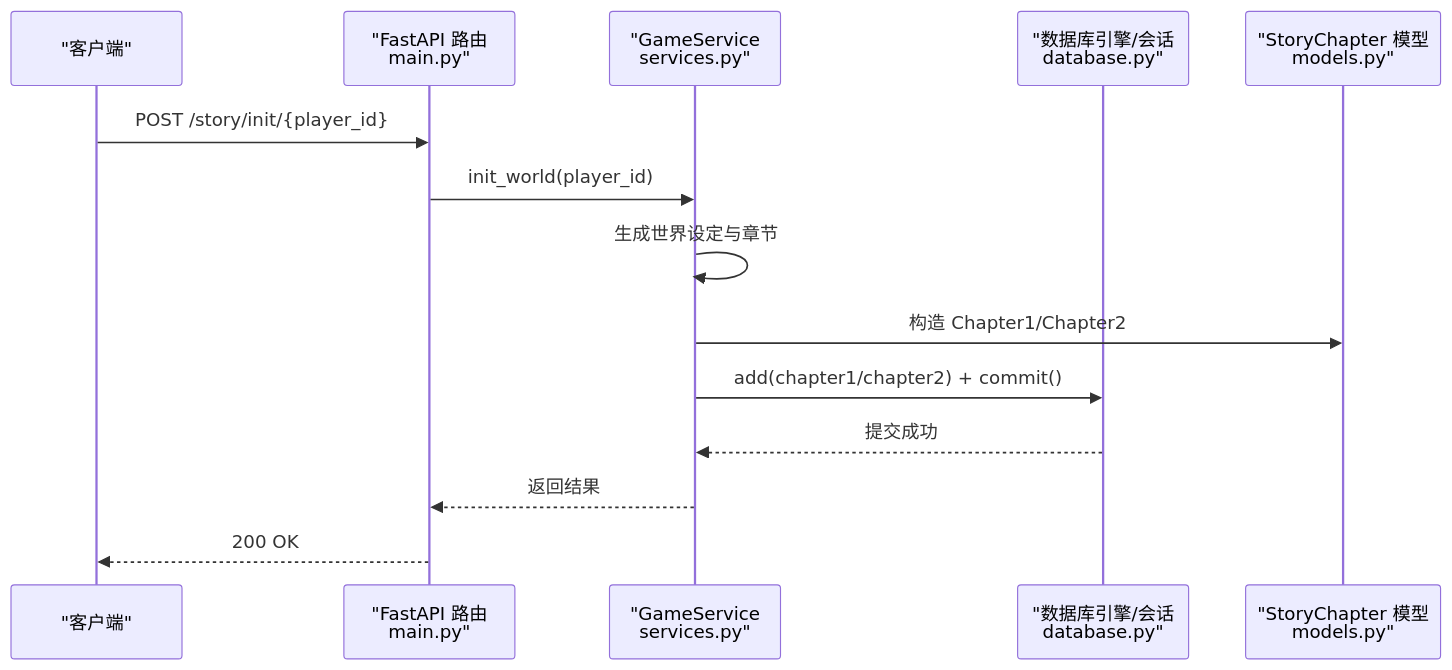
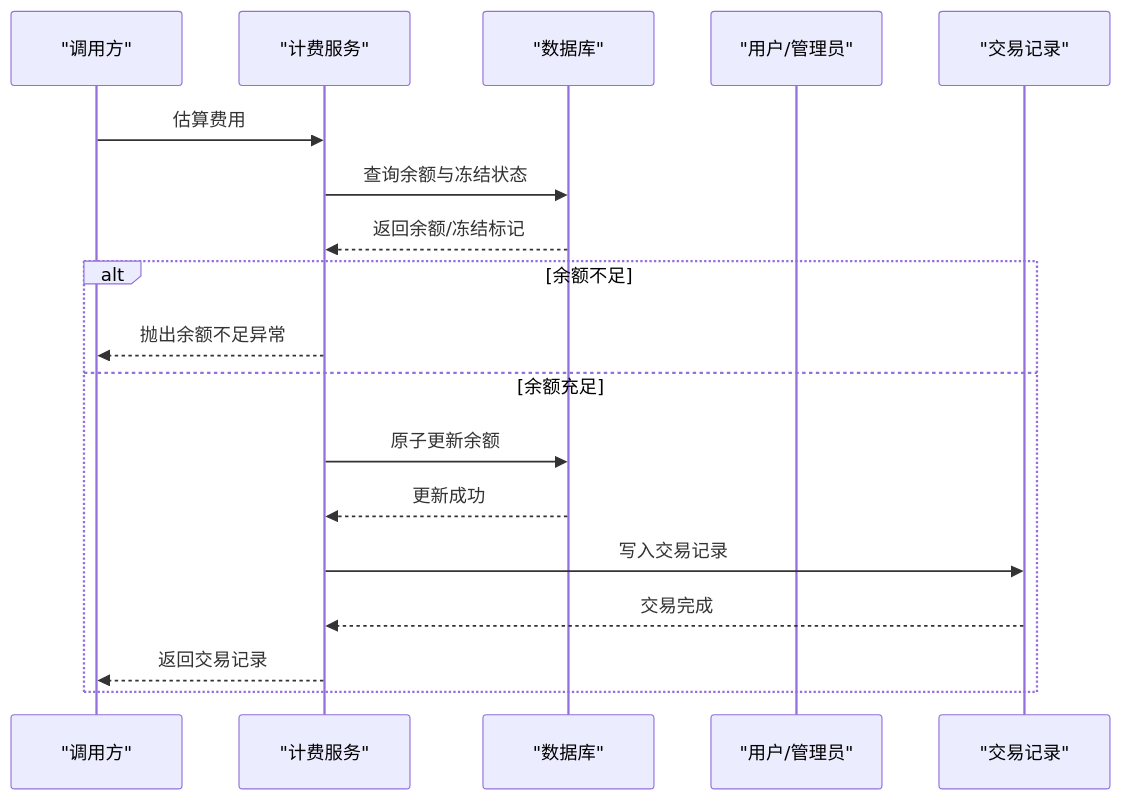
Before and after one commit to KunLabAI/KunFlix: the fifth of 7 diagrams in .qoder/repowiki/zh/content/数据库设计/数据库设计.md, drawn with Mermaid. The commit also changed other lines of this file and 275 other files, not shown here.

````diff
--- a/.qoder/repowiki/zh/content/数据库设计/数据库设计.md
+++ b/.qoder/repowiki/zh/content/数据库设计/数据库设计.md
@@ -362,16 +571,20 @@
 ```mermaid
 sequenceDiagram
-participant Client as "客户端"
-participant API as "FastAPI 路由<br/>main.py"
-participant Service as "GameService<br/>services.py"
-participant DB as "数据库引擎/会话<br/>database.py"
-participant Model as "StoryChapter 模型<br/>models.py"
-Client->>API : POST /story/init/{player_id}
-API->>Service : init_world(player_id)
-Service->>Service : 生成世界设定与章节
-Service->>Model : 构造 Chapter1/Chapter2
-Service->>DB : add(chapter1/chapter2) + commit()
-DB-->>Service : 提交成功
-Service-->>API : 返回结果
-API-->>Client : 200 OK
+participant Caller as "调用方"
+participant Billing as "计费服务"
+participant DB as "数据库"
+participant User as "用户/管理员"
+participant Tx as "交易记录"
+Caller->>Billing : 估算费用
+Billing->>DB : 查询余额与冻结状态
+DB-->>Billing : 返回余额/冻结标记
+alt 余额不足
+Billing-->>Caller : 抛出余额不足异常
+else 余额充足
+Billing->>DB : 原子更新余额
+DB-->>Billing : 更新成功
+Billing->>Tx : 写入交易记录
+Tx-->>Billing : 交易完成
+Billing-->>Caller : 返回交易记录
+end
 ```
````
